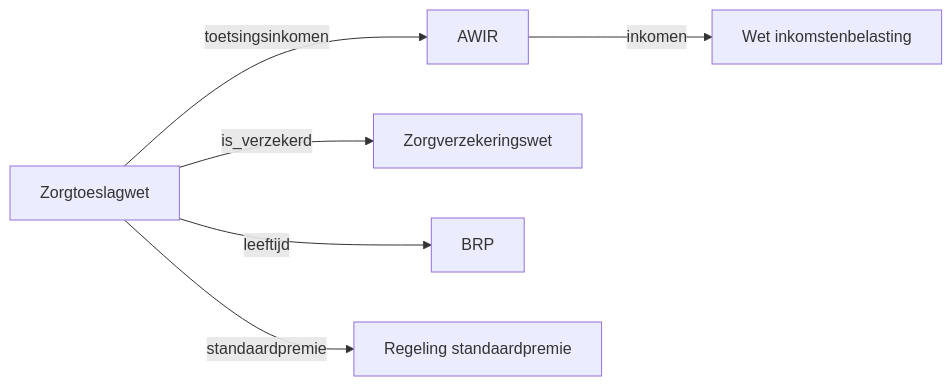
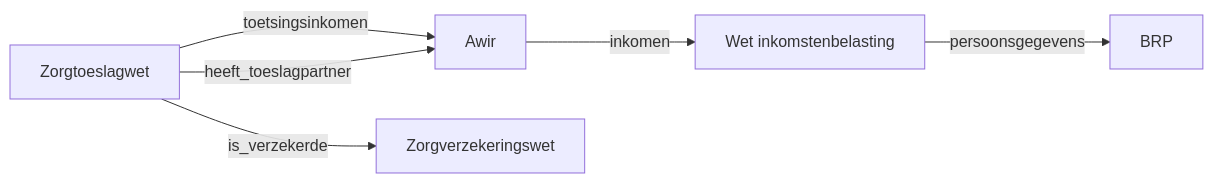
One commit to MinBZK/regelrecht changed the diagram in docs/src/content/docs/concepts/cross-law-references.md. Above: the diagram before and after it, drawn with Mermaid. The commit also changed other lines of this file and 56 other files, not shown here.

````diff
--- a/docs/src/content/docs/concepts/cross-law-references.md
+++ b/docs/src/content/docs/concepts/cross-law-references.md
@@ -31,8 +31,8 @@
 ```mermaid
 flowchart LR
-    ZT[Zorgtoeslagwet] -->|toetsingsinkomen| AWIR
-    ZT -->|is_verzekerd| ZVW[Zorgverzekeringswet]
-    ZT -->|leeftijd| BRP[BRP]
-    ZT -->|standaardpremie| RSP[Regeling standaardpremie]
-    AWIR -->|inkomen| WIB[Wet inkomstenbelasting]
+    ZT[Zorgtoeslagwet] -->|toetsingsinkomen| Awir
+    ZT -->|heeft_toeslagpartner| Awir
+    ZT -->|is_verzekerde| ZVW[Zorgverzekeringswet]
+    Awir -->|inkomen| WIB[Wet inkomstenbelasting]
+    WIB -->|persoonsgegevens| BRP[BRP]
 ```
````
